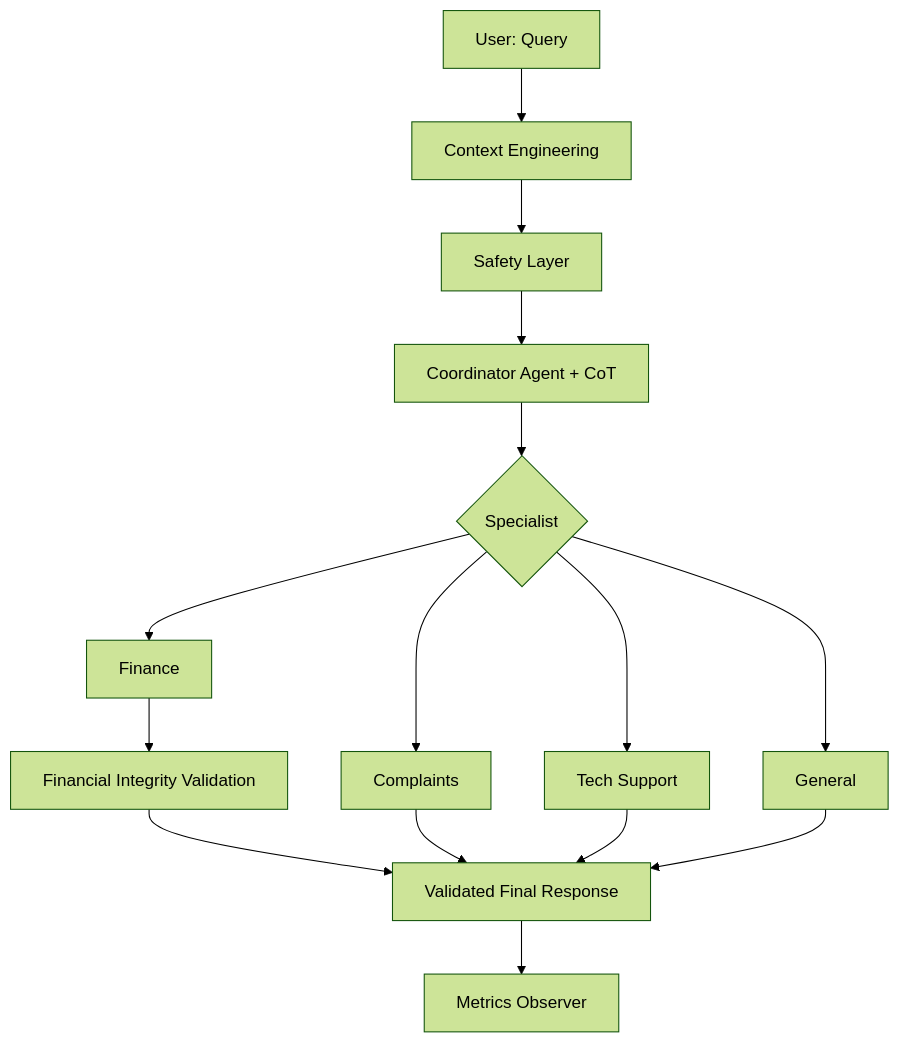
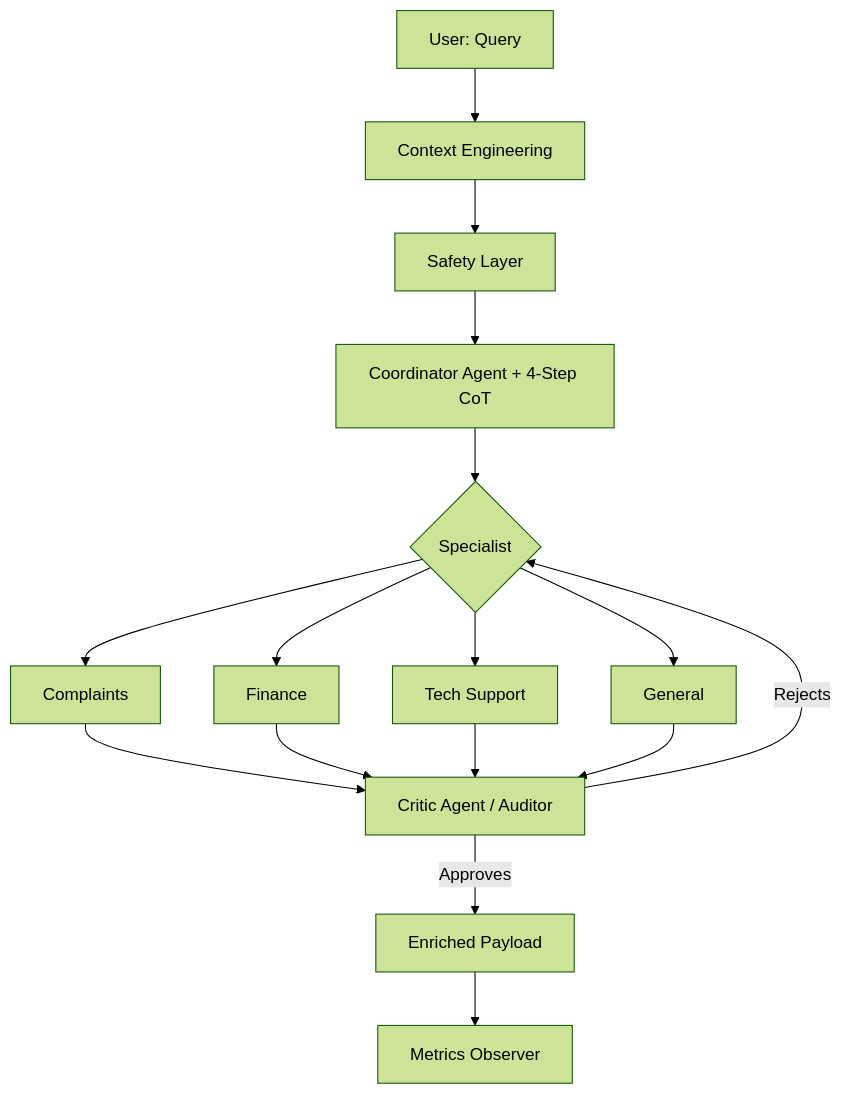
Before and after one commit to cesesteban/Multi-Agent-Routing-System: the diagram in architecture_reports/architecture_reports_en.md, drawn with Mermaid (forest theme). The commit also changed other lines of this file and 11 other files, not shown here.

````diff
--- a/architecture_reports/architecture_reports_en.md
+++ b/architecture_reports/architecture_reports_en.md
@@ -7,17 +7,15 @@
 ```mermaid
 graph TD
     A[User: Query] --> B[Context Engineering]
     B --> C[Safety Layer]
-    C --> D[Coordinator Agent + CoT]
+    C --> D[Coordinator Agent + 4-Step CoT]
     D --> E{Specialist}
     E --> F[Complaints]
     E --> G[Finance]
     E --> H[Tech Support]
     E --> I[General]
-    G --> J[Financial Integrity Validation]
-    J --> K[Validated Final Response]
-    F --> K
-    H --> K
-    I --> K
+    F & G & H & I --> J[Critic Agent / Auditor]
+    J -- Rejects --> E
+    J -- Approves --> K[Enriched Payload]
     K --> L[Metrics Observer]
 ```
````
